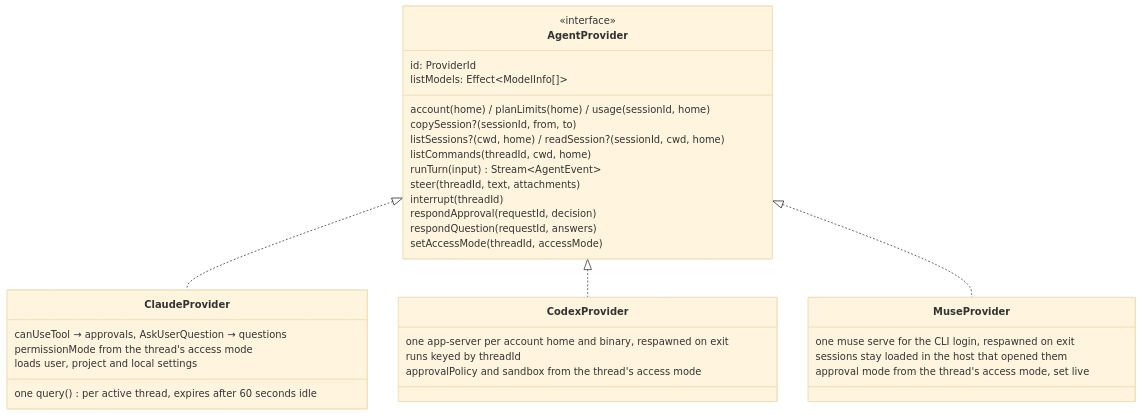
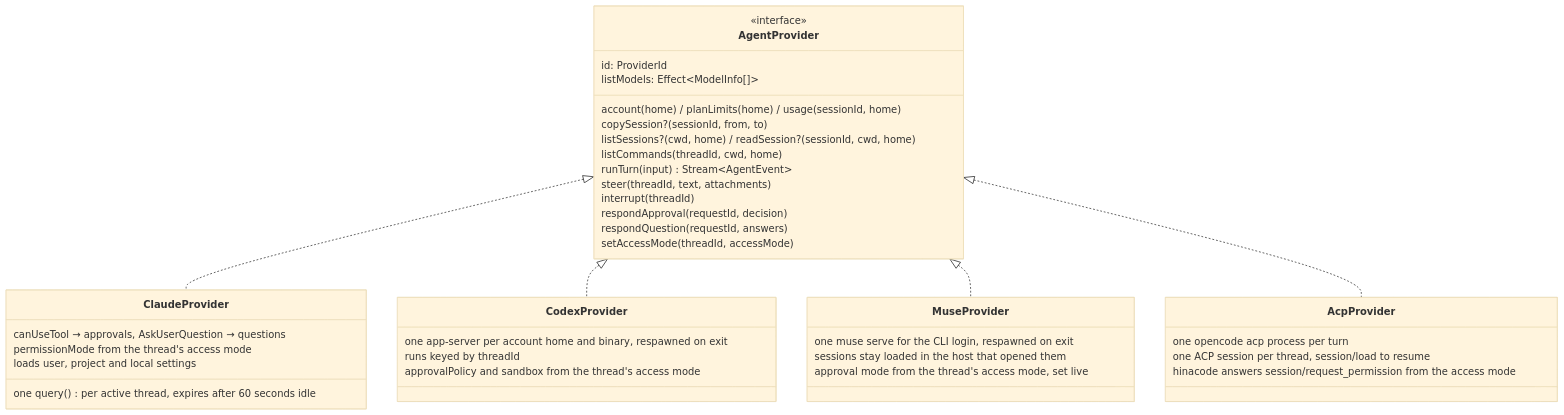
The fifth of 17 diagrams in docs/arch.md (hinadev-ai/hinacode), drawn with Mermaid (base theme) before and after one commit. The commit also changed other lines of this file and 68 other files, not shown here.

First line of the commit message:
feat(agents): add opencode over the Agent Client Protocol (#524)

````diff
--- a/docs/arch.md
+++ b/docs/arch.md
@@ -153,37 +153,43 @@
 ```mermaid
 classDiagram
   class AgentProvider {
     <<interface>>
     id: ProviderId
     listModels: Effect~ModelInfo[]~
     account(home) / planLimits(home) / usage(sessionId, home)
     copySession?(sessionId, from, to)
     listSessions?(cwd, home) / readSession?(sessionId, cwd, home)
     listCommands(threadId, cwd, home)
     runTurn(input) Stream~AgentEvent~
     steer(threadId, text, attachments)
     interrupt(threadId)
     respondApproval(requestId, decision)
     respondQuestion(requestId, answers)
     setAccessMode(threadId, accessMode)
   }
   class ClaudeProvider {
     one query() per active thread, expires after 60 seconds idle
     canUseTool → approvals, AskUserQuestion → questions
     permissionMode from the thread's access mode
     loads user, project and local settings
   }
   class CodexProvider {
     one app-server per account home and binary, respawned on exit
     runs keyed by threadId
     approvalPolicy and sandbox from the thread's access mode
   }
   class MuseProvider {
     one muse serve for the CLI login, respawned on exit
     sessions stay loaded in the host that opened them
     approval mode from the thread's access mode, set live
   }
+  class AcpProvider {
+    one opencode acp process per turn
+    one ACP session per thread, session/load to resume
+    hinacode answers session/request_permission from the access mode
+  }
   AgentProvider <|.. ClaudeProvider
   AgentProvider <|.. CodexProvider
   AgentProvider <|.. MuseProvider
+  AgentProvider <|.. AcpProvider
 ```
````
